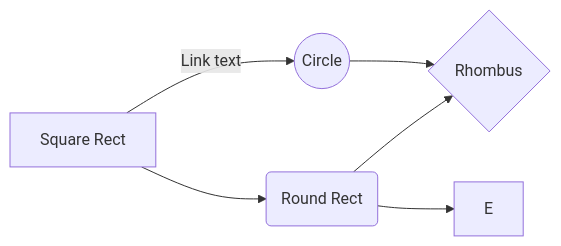
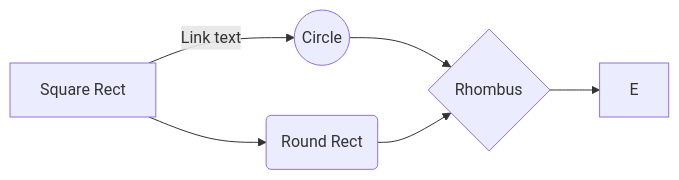
One commit to drshahizan/learn-github changed the second of 2 diagrams in exercise/rozilawati/readme.md. Above: the diagram before and after it, drawn with Mermaid.

````diff
--- a/exercise/rozilawati/readme.md
+++ b/exercise/rozilawati/readme.md
@@ -57,8 +57,8 @@
 ```mermaid
 graph LR
 A[Square Rect] -- Link text --> B((Circle))
 A --> C(Round Rect)
 B --> D{Rhombus}
 C --> D
-C --> E
+D --> E
 ```
````
